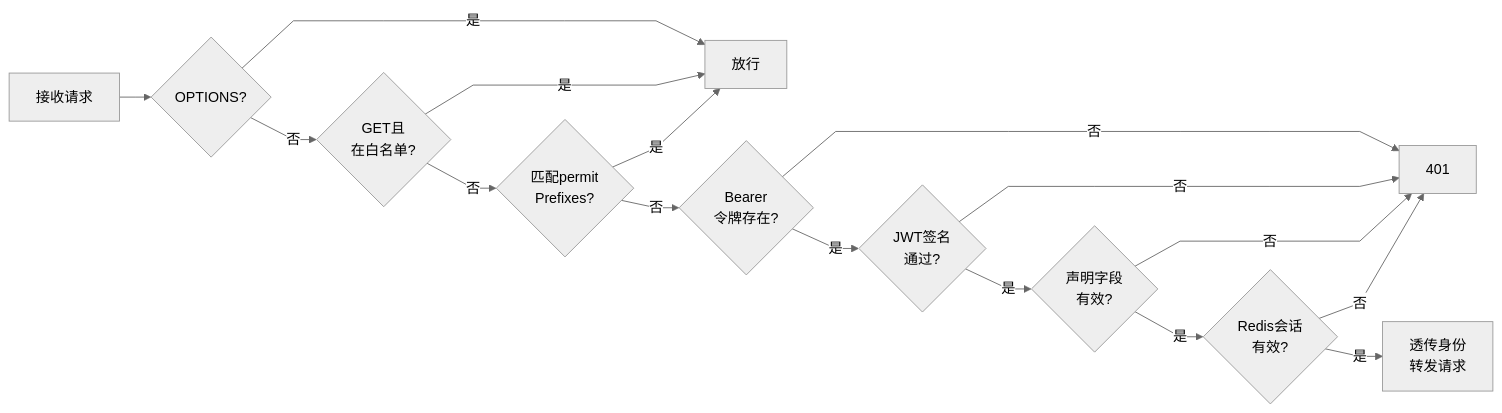
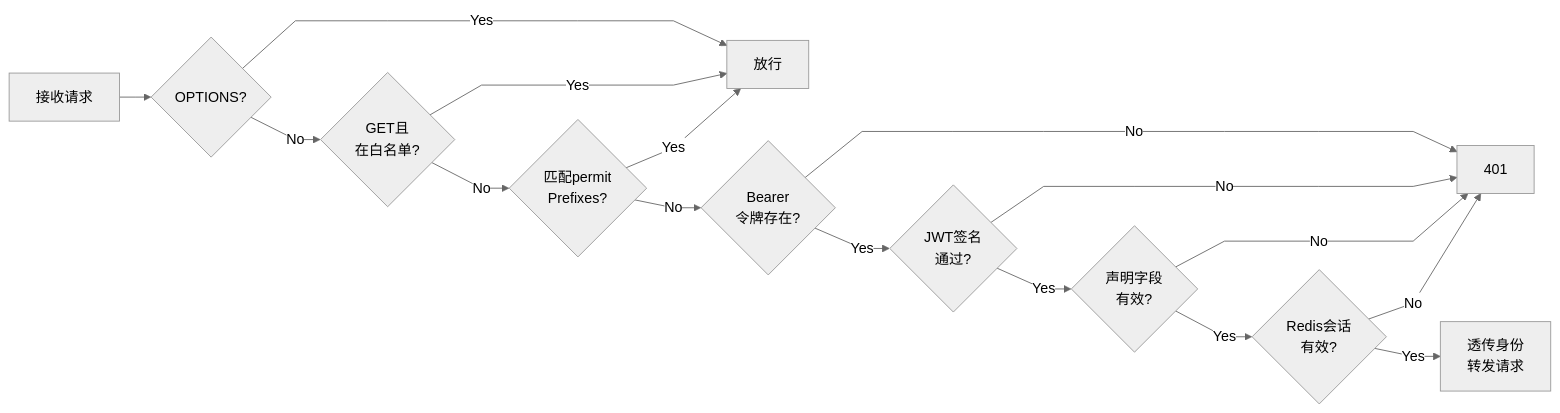
The diagram in docs/diagrams/fig4-7-gateway-filter-flow.mmd (Wkjlovec/graduation_project_zhuang), drawn with Mermaid before and after one commit. The commit also changed 14 other files, not shown here.

Commit message:
docs: 图4-1加分层标注, 流程图是/否改Yes/No, 搜索图改数据流样式, 4.3补充索引清单表

```diff
--- a/docs/diagrams/fig4-7-gateway-filter-flow.mmd
+++ b/docs/diagrams/fig4-7-gateway-filter-flow.mmd
@@ -1,17 +1,17 @@
 %%{init: {'theme': 'neutral', 'flowchart': {'curve': 'linear', 'rankSpacing': 35, 'nodeSpacing': 20}}}%%
 graph LR
     A["接收请求"] --> B{"OPTIONS?"}
-    B -->|是| C["放行"]
-    B -->|否| D{"GET且\n在白名单?"}
-    D -->|是| C
-    D -->|否| E{"匹配permit\nPrefixes?"}
-    E -->|是| C
-    E -->|否| F{"Bearer\n令牌存在?"}
-    F -->|否| G["401"]
-    F -->|是| H{"JWT签名\n通过?"}
-    H -->|否| G
-    H -->|是| I{"声明字段\n有效?"}
-    I -->|否| G
-    I -->|是| J{"Redis会话\n有效?"}
-    J -->|否| G
-    J -->|是| K["透传身份\n转发请求"]
+    B -->|Yes| C["放行"]
+    B -->|No| D{"GET且\n在白名单?"}
+    D -->|Yes| C
+    D -->|No| E{"匹配permit\nPrefixes?"}
+    E -->|Yes| C
+    E -->|No| F{"Bearer\n令牌存在?"}
+    F -->|No| G["401"]
+    F -->|Yes| H{"JWT签名\n通过?"}
+    H -->|No| G
+    H -->|Yes| I{"声明字段\n有效?"}
+    I -->|No| G
+    I -->|Yes| J{"Redis会话\n有效?"}
+    J -->|No| G
+    J -->|Yes| K["透传身份\n转发请求"]
```
